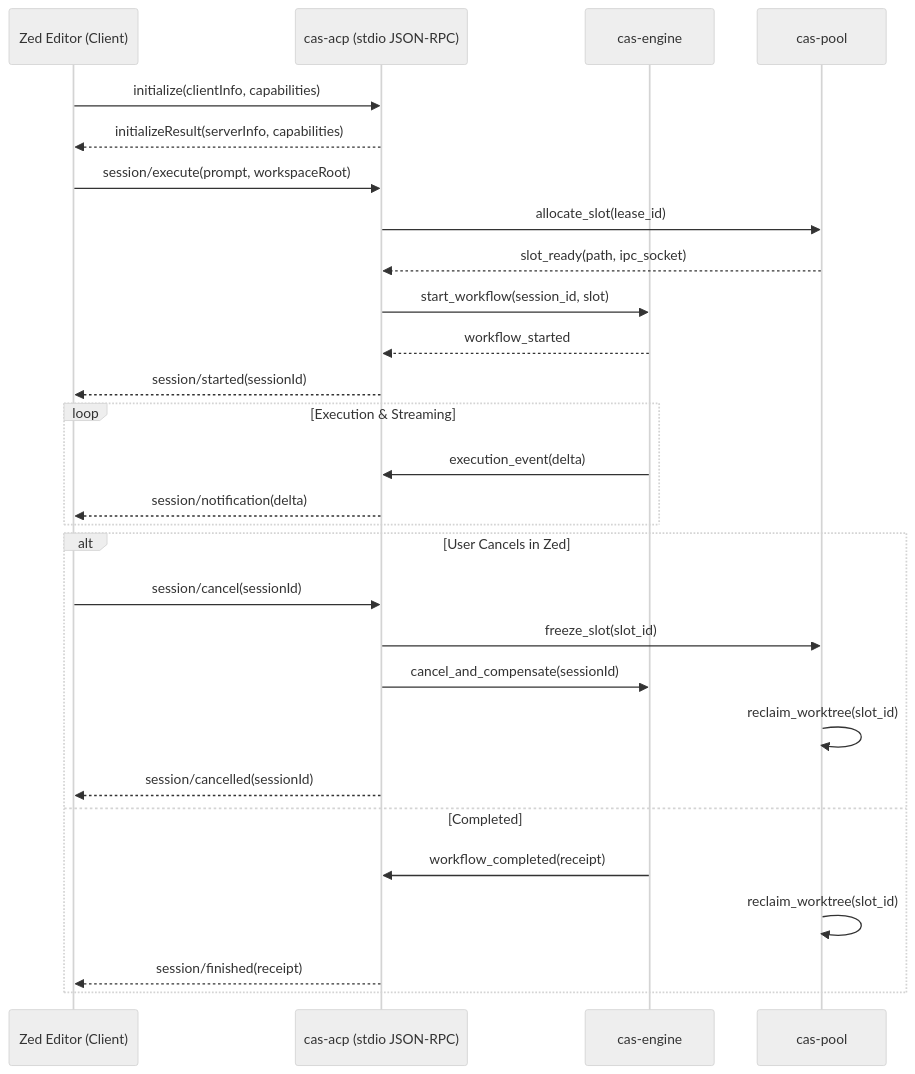
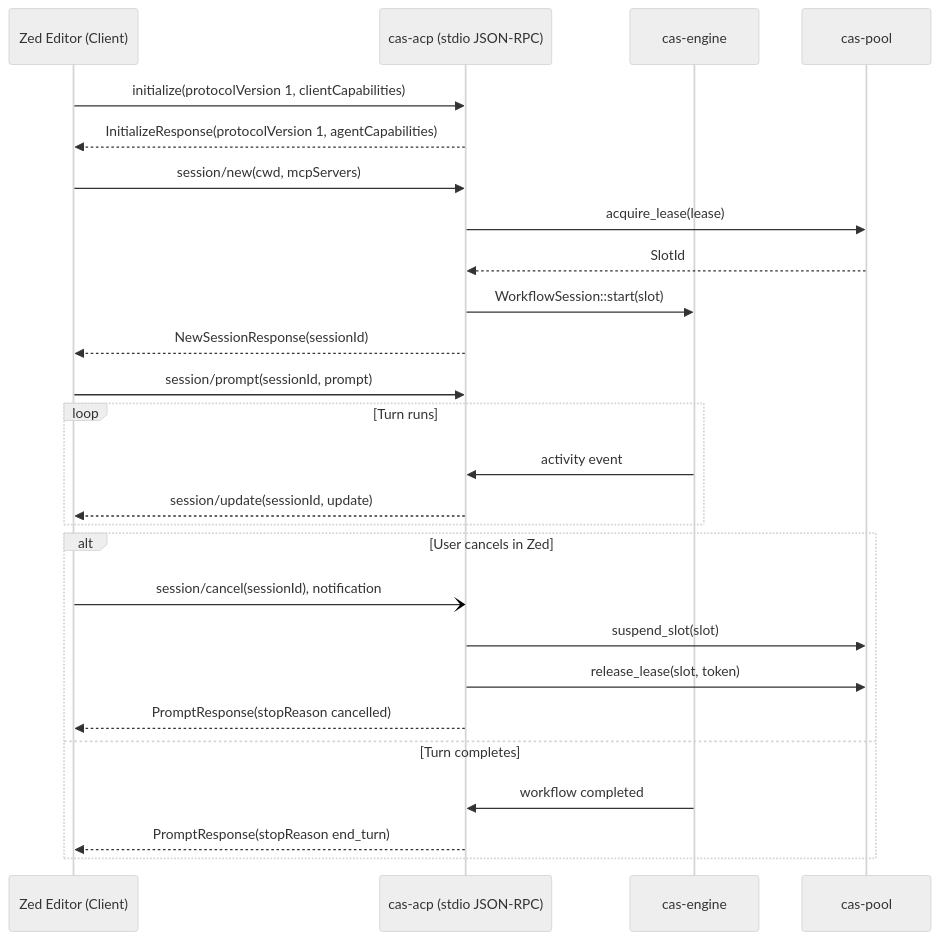
One commit to unsigned-gg/uas changed the diagram in specs/0016-zed-agent-communication-protocol.md. Above: the diagram before and after it, drawn with Mermaid (neutral theme). The commit also changed other lines of this file, not shown here.

First line of the commit message:
docs(spec): 0016 amendment A1 maps ACP to the methods the pinned crate has

````diff
--- a/specs/0016-zed-agent-communication-protocol.md
+++ b/specs/0016-zed-agent-communication-protocol.md
@@ -44,34 +81,32 @@
 ```mermaid
 sequenceDiagram
     participant Zed as Zed Editor (Client)
     participant ACP as cas-acp (stdio JSON-RPC)
     participant Engine as cas-engine
     participant Pool as cas-pool
 
-    Zed->>ACP: initialize(clientInfo, capabilities)
-    ACP-->>Zed: initializeResult(serverInfo, capabilities)
+    Zed->>ACP: initialize(protocolVersion 1, clientCapabilities)
+    ACP-->>Zed: InitializeResponse(protocolVersion 1, agentCapabilities)
 
-    Zed->>ACP: session/execute(prompt, workspaceRoot)
-    ACP->>Pool: allocate_slot(lease_id)
-    Pool-->>ACP: slot_ready(path, ipc_socket)
-    ACP->>Engine: start_workflow(session_id, slot)
-    Engine-->>ACP: workflow_started
-    ACP-->>Zed: session/started(sessionId)
+    Zed->>ACP: session/new(cwd, mcpServers)
+    ACP->>Pool: acquire_lease(lease)
+    Pool-->>ACP: SlotId
+    ACP->>Engine: WorkflowSession::start(slot)
+    ACP-->>Zed: NewSessionResponse(sessionId)
 
-    loop Execution & Streaming
-        Engine->>ACP: execution_event(delta)
-        ACP-->>Zed: session/notification(delta)
+    Zed->>ACP: session/prompt(sessionId, prompt)
+    loop Turn runs
+        Engine->>ACP: activity event
+        ACP-->>Zed: session/update(sessionId, update)
     end
 
-    alt User Cancels in Zed
-        Zed->>ACP: session/cancel(sessionId)
-        ACP->>Pool: freeze_slot(slot_id)
-        ACP->>Engine: cancel_and_compensate(sessionId)
-        Pool->>Pool: reclaim_worktree(slot_id)
-        ACP-->>Zed: session/cancelled(sessionId)
-    else Completed
-        Engine->>ACP: workflow_completed(receipt)
-        Pool->>Pool: reclaim_worktree(slot_id)
-        ACP-->>Zed: session/finished(receipt)
+    alt User cancels in Zed
+        Zed-)ACP: session/cancel(sessionId), notification
+        ACP->>Pool: suspend_slot(slot)
+        ACP->>Pool: release_lease(slot, token)
+        ACP-->>Zed: PromptResponse(stopReason cancelled)
+    else Turn completes
+        Engine->>ACP: workflow completed
+        ACP-->>Zed: PromptResponse(stopReason end_turn)
     end
 ```
````
